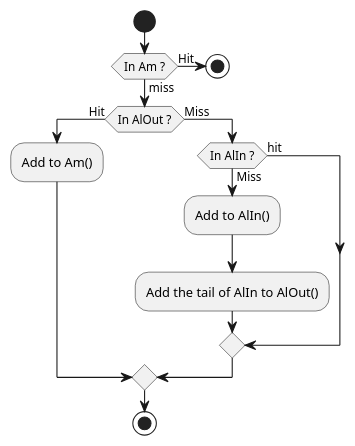
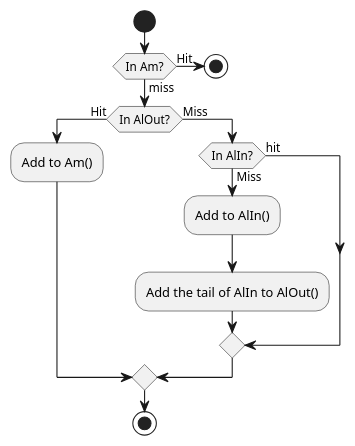
The diagram in 9f61d0ff.puml (godu/notes), drawn with PlantUML before and after one commit. The commit also changed 8 other files, not shown here.

```diff
--- a/9f61d0ff.puml
+++ b/9f61d0ff.puml
@@ -1,20 +1,20 @@
 @startuml
 
 start
 
-if (In Am ?) then (Hit)
+if (In Am?) then (Hit)
     stop
 else (miss)
-    if (In AlOut ?) then (Hit)
+    if (In AlOut?) then (Hit)
         :Add to Am();
     else (Miss)
-        if (In AlIn ?) then (Miss)
+        if (In AlIn?) then (Miss)
             :Add to AlIn();
             :Add the tail of AlIn to AlOut();
         else (hit)
     endif
 endif
 
 stop
 
 @enduml
```
